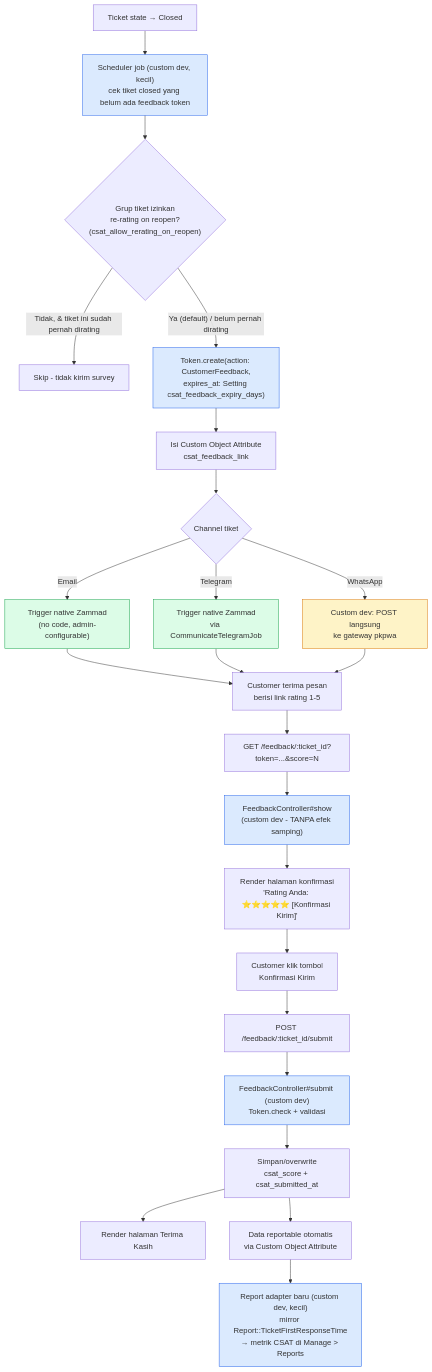
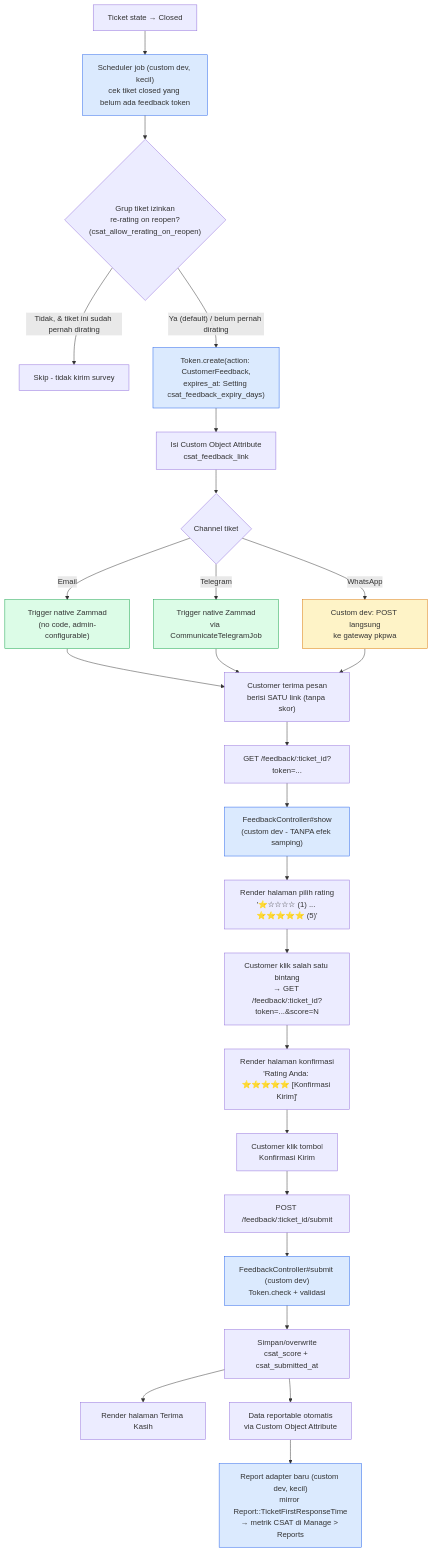
The diagram in docs/DESIGN_FEEDBACK_RATING.md (alidjator/zammad-siska), drawn with Mermaid before and after one commit. The commit also changed other lines of this file and 4 other files, not shown here.

First line of the commit message:
Fix CSAT feedback link bug, redesign as single interactive form

````diff
--- a/docs/DESIGN_FEEDBACK_RATING.md
+++ b/docs/DESIGN_FEEDBACK_RATING.md
@@ -50,34 +50,36 @@
 ```mermaid
 flowchart TD
     A["Ticket state → Closed"] --> B["Scheduler job (custom dev, kecil)<br/>cek tiket closed yang belum ada feedback token"]
     B --> C{"Grup tiket izinkan<br/>re-rating on reopen?<br/>(csat_allow_rerating_on_reopen)"}
     C -->|"Tidak, & tiket ini sudah pernah dirating"| Z["Skip - tidak kirim survey"]
     C -->|"Ya (default) / belum pernah dirating"| D["Token.create(action: CustomerFeedback,<br/>expires_at: Setting csat_feedback_expiry_days)"]
     D --> E["Isi Custom Object Attribute<br/>csat_feedback_link"]
     E --> F{"Channel tiket"}
     F -->|Email| G1["Trigger native Zammad<br/>(no code, admin-configurable)"]
     F -->|Telegram| G2["Trigger native Zammad<br/>via CommunicateTelegramJob"]
     F -->|WhatsApp| G3["Custom dev: POST langsung<br/>ke gateway pkpwa"]
-    G1 --> H["Customer terima pesan<br/>berisi link rating 1-5"]
+    G1 --> H["Customer terima pesan<br/>berisi SATU link (tanpa skor)"]
     G2 --> H
     G3 --> H
-    H --> I["GET /feedback/:ticket_id?token=...&score=N"]
+    H --> I["GET /feedback/:ticket_id?token=..."]
     I --> J["FeedbackController#show<br/>(custom dev - TANPA efek samping)"]
-    J --> K["Render halaman konfirmasi<br/>'Rating Anda: ⭐⭐⭐⭐⭐ [Konfirmasi Kirim]'"]
+    J --> J1["Render halaman pilih rating<br/>'⭐☆☆☆☆ (1) ... ⭐⭐⭐⭐⭐ (5)'"]
+    J1 --> J2["Customer klik salah satu bintang<br/>→ GET /feedback/:ticket_id?token=...&score=N"]
+    J2 --> K["Render halaman konfirmasi<br/>'Rating Anda: ⭐⭐⭐⭐⭐ [Konfirmasi Kirim]'"]
     K --> L["Customer klik tombol<br/>Konfirmasi Kirim"]
     L --> M["POST /feedback/:ticket_id/submit"]
     M --> N["FeedbackController#submit (custom dev)<br/>Token.check + validasi"]
     N --> O["Simpan/overwrite<br/>csat_score + csat_submitted_at"]
     O --> P["Render halaman Terima Kasih"]
     O --> Q["Data reportable otomatis<br/>via Custom Object Attribute"]
     Q --> R["Report adapter baru (custom dev, kecil)<br/>mirror Report::TicketFirstResponseTime<br/>→ metrik CSAT di Manage > Reports"]
 
     style B fill:#dbeafe,stroke:#2563eb
     style D fill:#dbeafe,stroke:#2563eb
     style G3 fill:#fef3c7,stroke:#d97706
     style J fill:#dbeafe,stroke:#2563eb
     style N fill:#dbeafe,stroke:#2563eb
     style R fill:#dbeafe,stroke:#2563eb
     style G1 fill:#dcfce7,stroke:#16a34a
     style G2 fill:#dcfce7,stroke:#16a34a
 ```
````
